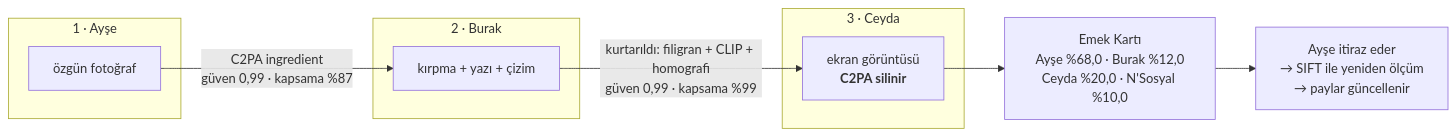
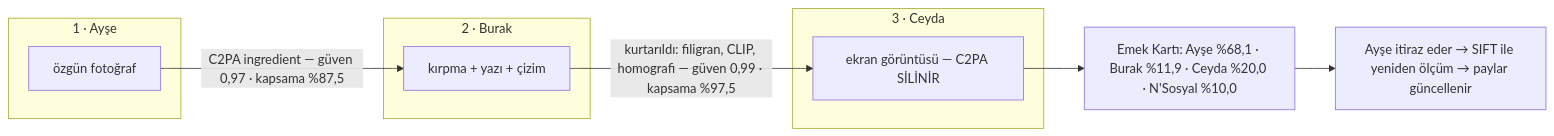
One commit to hamzabdk36-cyber/N-Emek changed the eighth of 8 diagrams in docs/MIMARI.md. Above: the diagram before and after it, drawn with Mermaid. The commit also changed other lines of this file, not shown here.

````diff
--- a/docs/MIMARI.md
+++ b/docs/MIMARI.md
@@ -207,18 +207,18 @@
 ```mermaid
 flowchart LR
     subgraph ayse["1 · Ayşe"]
         a1["özgün fotoğraf"]
     end
     subgraph burak["2 · Burak"]
         b1["kırpma + yazı + çizim"]
     end
     subgraph ceyda["3 · Ceyda"]
-        c1["ekran görüntüsü<br/><b>C2PA silinir</b>"]
+        c1["ekran görüntüsü — C2PA SİLİNİR"]
     end
 
-    a1 -->|"C2PA ingredient<br/>güven 0,99 · kapsama %87"| b1
-    b1 -->|"kurtarıldı: filigran + CLIP + homografi<br/>güven 0,99 · kapsama %99"| c1
+    a1 -->|"C2PA ingredient — güven 0,97 · kapsama %87,5"| b1
+    b1 -->|"kurtarıldı: filigran, CLIP, homografi — güven 0,99 · kapsama %97,5"| c1
 
-    c1 --> pay["Emek Kartı<br/>Ayşe %68,0 · Burak %12,0<br/>Ceyda %20,0 · N'Sosyal %10,0"]
-    pay --> itiraz["Ayşe itiraz eder<br/>→ SIFT ile yeniden ölçüm<br/>→ paylar güncellenir"]
+    c1 --> pay["Emek Kartı: Ayşe %68,1 · Burak %11,9 · Ceyda %20,0 · N'Sosyal %10,0"]
+    pay --> itiraz["Ayşe itiraz eder → SIFT ile yeniden ölçüm → paylar güncellenir"]
 ```
````
